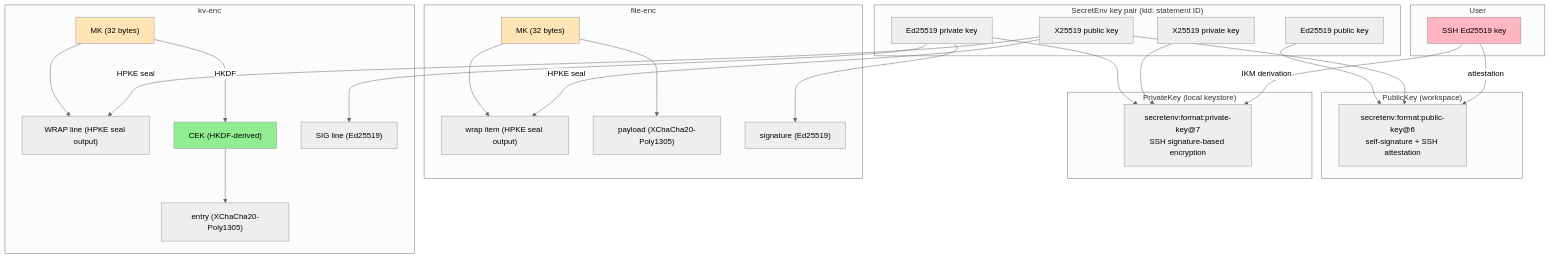
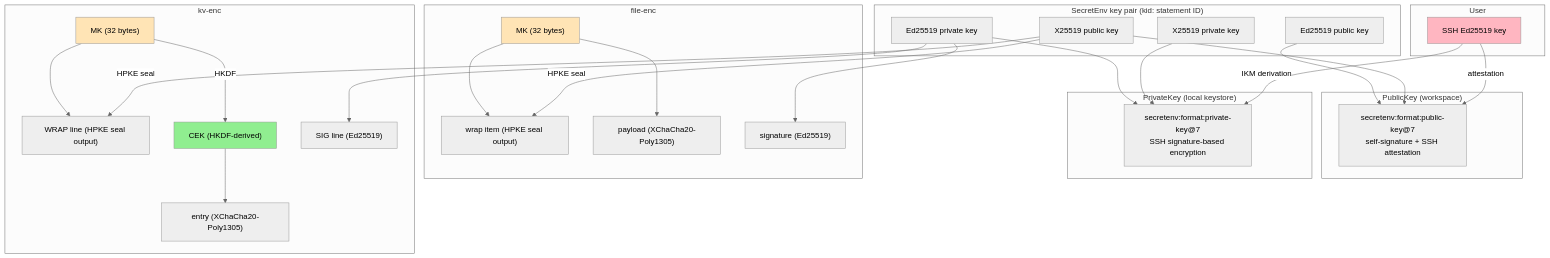
One commit to ebisawa/kapsaro changed the sixth of 6 diagrams in guides/security_design_en.md. Above: the diagram before and after it, drawn with Mermaid (neutral theme). The commit also changed other lines of this file and 55 other files, not shown here.

First line of the commit message:
refactor: bump PublicKey format to v7 with flattened keys/attestation structure

````diff
--- a/guides/security_design_en.md
+++ b/guides/security_design_en.md
@@ -1444,59 +1446,59 @@
 ```mermaid
 graph TB
     subgraph user["User"]
         SSH["SSH Ed25519 key"]
     end
 
     subgraph secretenv_keys["SecretEnv key pair (kid: statement ID)"]
         KEM_PK["X25519 public key"]
         KEM_SK["X25519 private key"]
         SIG_PK["Ed25519 public key"]
         SIG_SK["Ed25519 private key"]
     end
 
     subgraph public_key["PublicKey (workspace)"]
-        PK_DOC["secretenv:format:public-key@6<br/>self-signature + SSH attestation"]
+        PK_DOC["secretenv:format:public-key@7<br/>self-signature + SSH attestation"]
     end
 
     subgraph private_key["PrivateKey (local keystore)"]
         PK_ENC["secretenv:format:private-key@7<br/>SSH signature-based encryption"]
     end
 
     subgraph file_enc["file-enc"]
         FILE_MK["MK (32 bytes)"]
         FILE_WRAP["wrap item (HPKE seal output)"]
         FILE_PAYLOAD["payload (XChaCha20-Poly1305)"]
         FILE_SIG["signature (Ed25519)"]
     end
 
     subgraph kv_enc["kv-enc"]
         MK["MK (32 bytes)"]
         KV_WRAP["WRAP line (HPKE seal output)"]
         CEK["CEK (HKDF-derived)"]
         ENTRY["entry (XChaCha20-Poly1305)"]
         KV_SIG["SIG line (Ed25519)"]
     end
 
     SSH -->|attestation| PK_DOC
     SSH -->|IKM derivation| PK_ENC
     KEM_PK --> PK_DOC
     SIG_PK --> PK_DOC
     KEM_SK --> PK_ENC
     SIG_SK --> PK_ENC
 
     KEM_PK -->|HPKE seal| FILE_WRAP
     KEM_PK -->|HPKE seal| KV_WRAP
     FILE_MK --> FILE_WRAP
     FILE_MK --> FILE_PAYLOAD
     SIG_SK --> FILE_SIG
 
     MK --> KV_WRAP
     MK -->|HKDF| CEK
     CEK --> ENTRY
     SIG_SK --> KV_SIG
 
     style SSH fill:#FFB6C1
     style FILE_MK fill:#FFE4B5
     style MK fill:#FFE4B5
     style CEK fill:#90EE90
 ```
````
